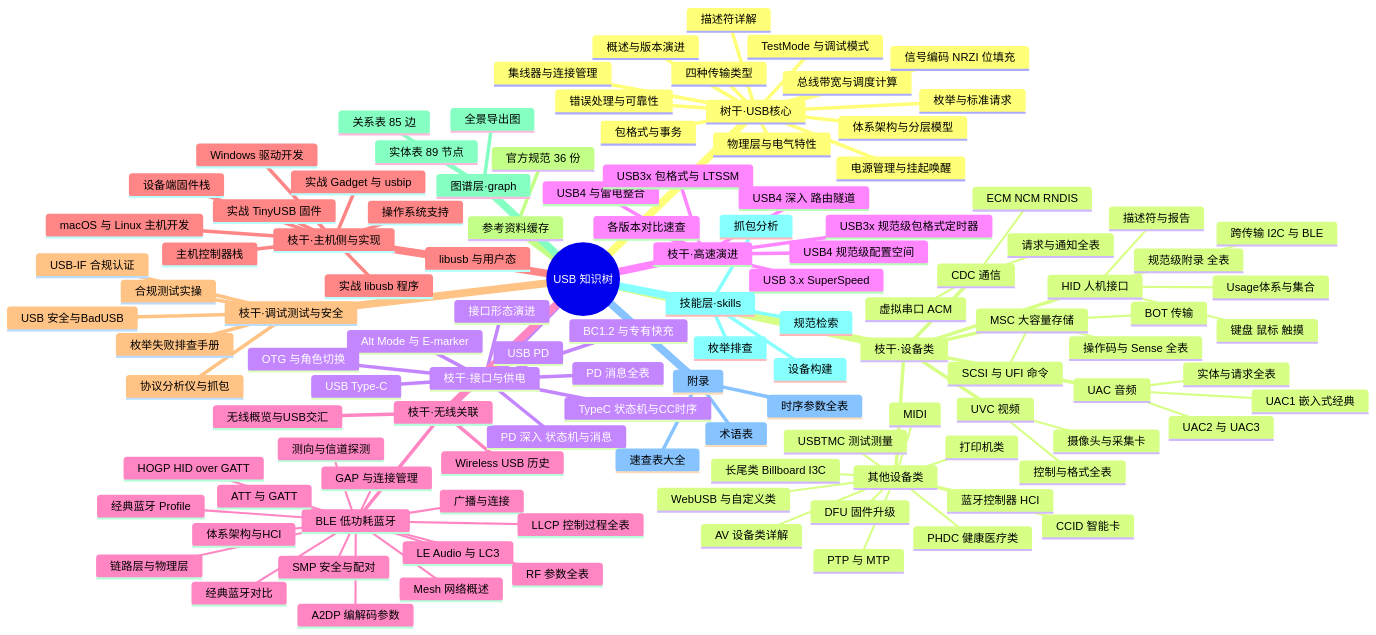
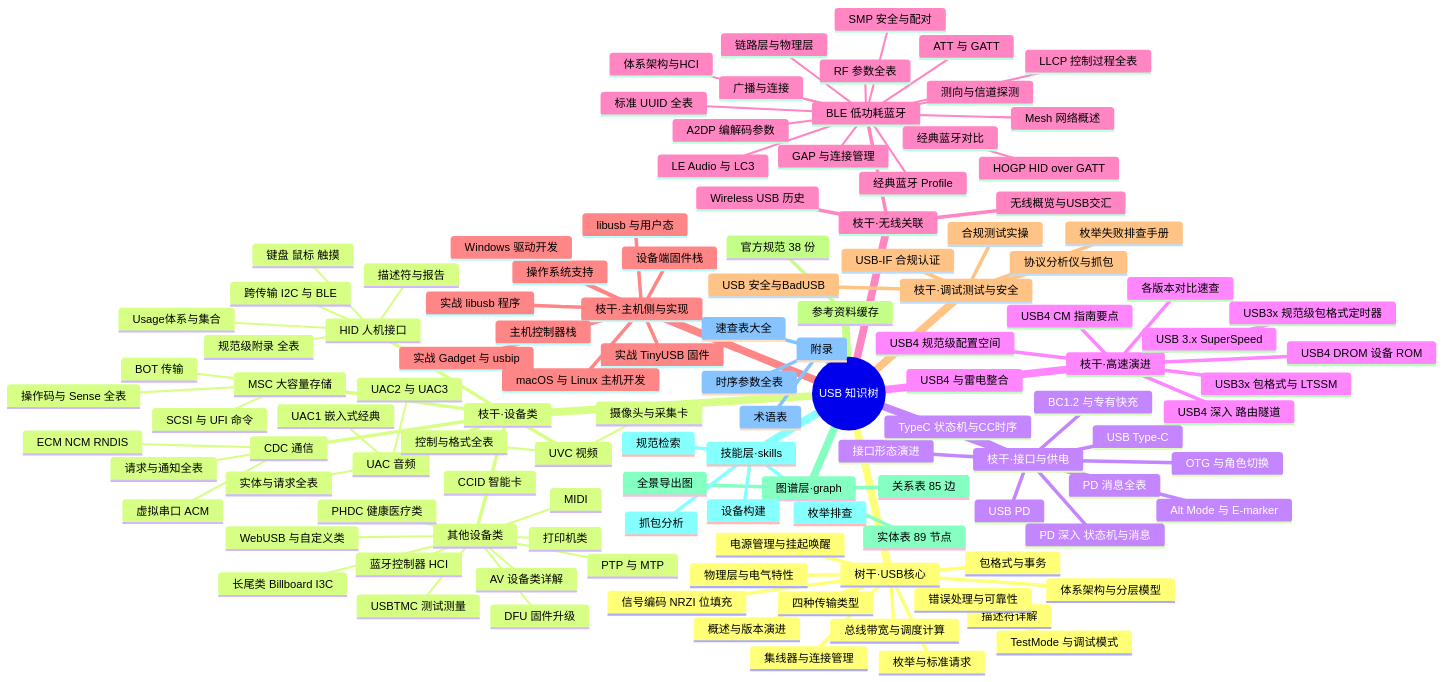
One commit to tangjianfang/USBTree changed the first of 2 diagrams in 00-知识树总图.md. Above: the diagram before and after it, drawn with Mermaid. The commit also changed other lines of this file and 26 other files, not shown here.

```diff
--- a/00-知识树总图.md
+++ b/00-知识树总图.md
@@ -87,6 +89,8 @@
       USB4 深入 路由隧道
       USB3x 规范级包格式定时器
       USB4 规范级配置空间
+      USB4 DROM 设备 ROM
+      USB4 CM 指南要点
     枝干·无线关联
       无线概览与USB交汇
       BLE 低功耗蓝牙
@@ -105,6 +109,7 @@
         测向与信道探测
         RF 参数全表
         A2DP 编解码参数
+        标准 UUID 全表
       Wireless USB 历史
     枝干·主机侧与实现
       主机控制器栈
@@ -123,7 +128,7 @@
       USB 安全与BadUSB
       合规测试实操
     参考资料缓存
-      官方规范 36 份
+      官方规范 38 份
     图谱层·graph
       实体表 89 节点
       关系表 85 边
```
